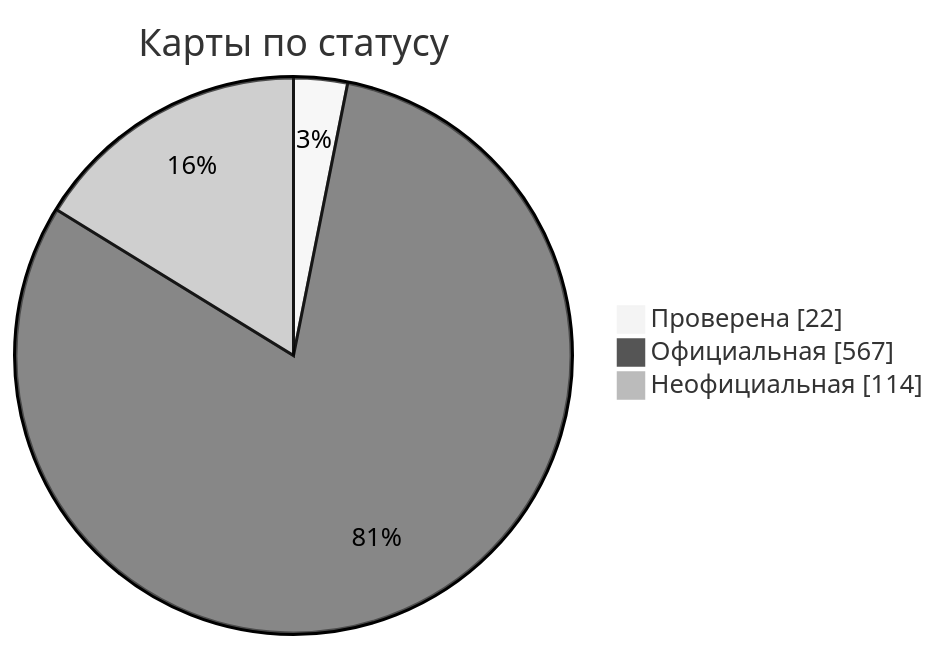
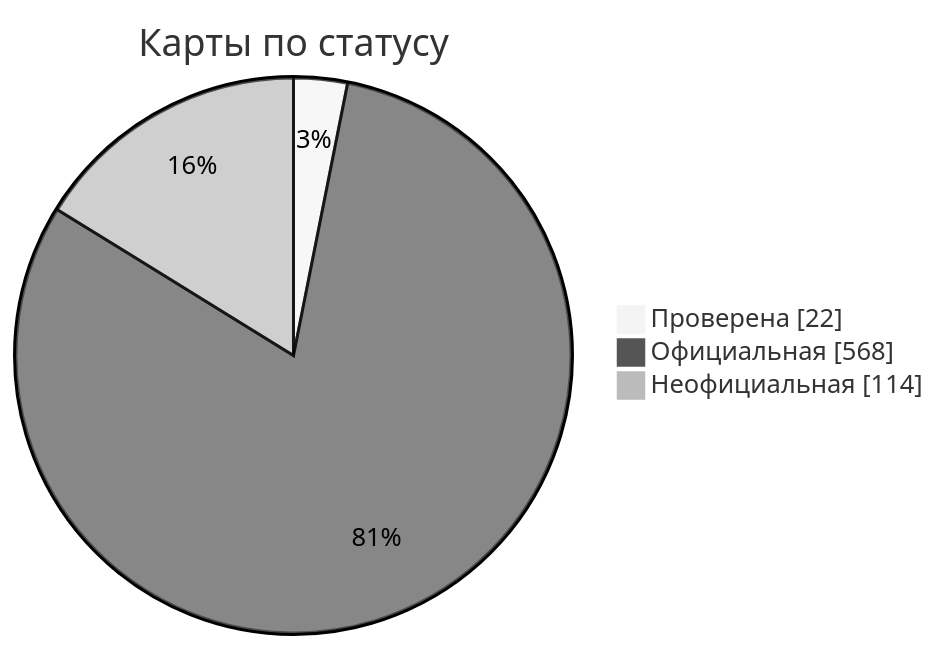
Before and after one commit to nobrega8/mbmap-library: the diagram in docs/readme/README_RU.md, drawn with Mermaid (neutral theme). The commit also changed 6 other files, not shown here.

````diff
--- a/docs/readme/README_RU.md
+++ b/docs/readme/README_RU.md
@@ -54,7 +54,7 @@
 ```mermaid
 pie showData
     title Карты по статусу
     "Проверена" : 22
-    "Официальная" : 567
+    "Официальная" : 568
     "Неофициальная" : 114
 ```
````
